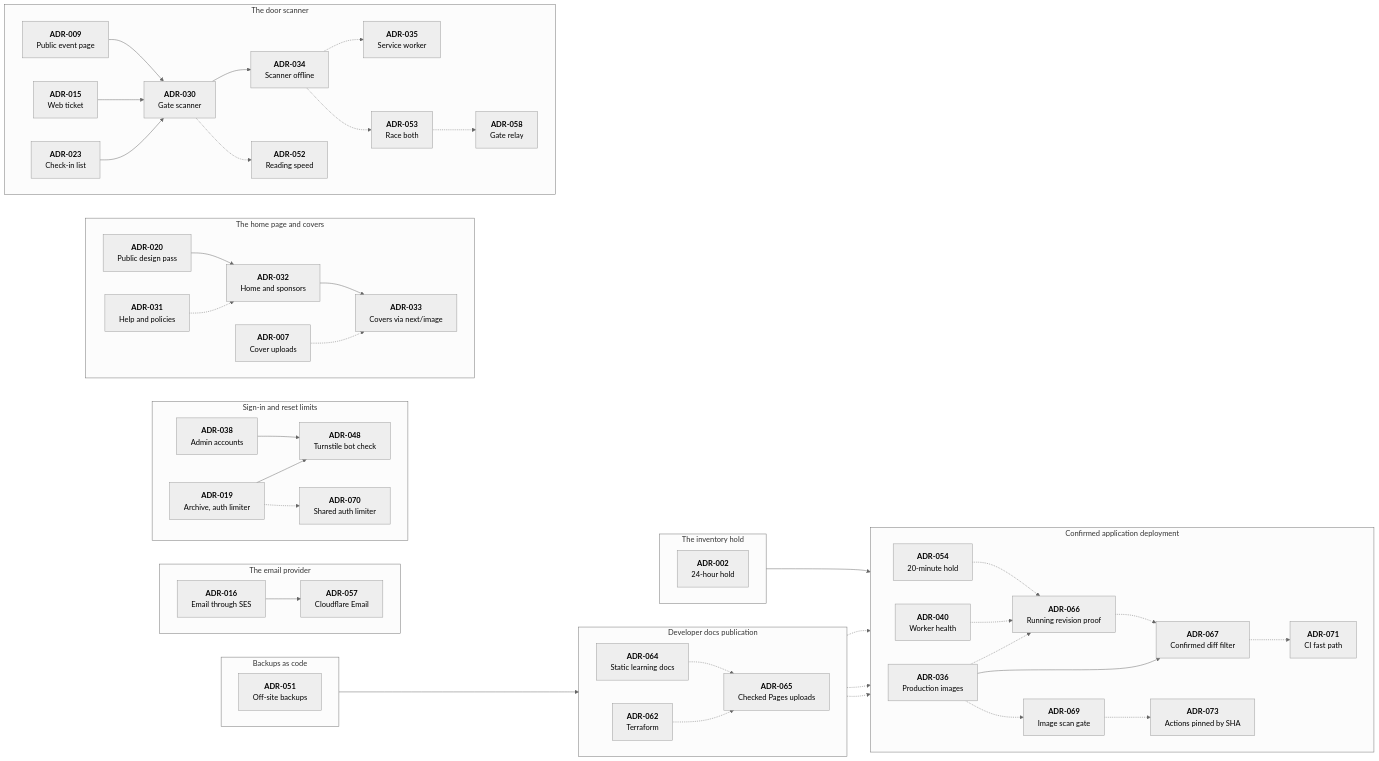
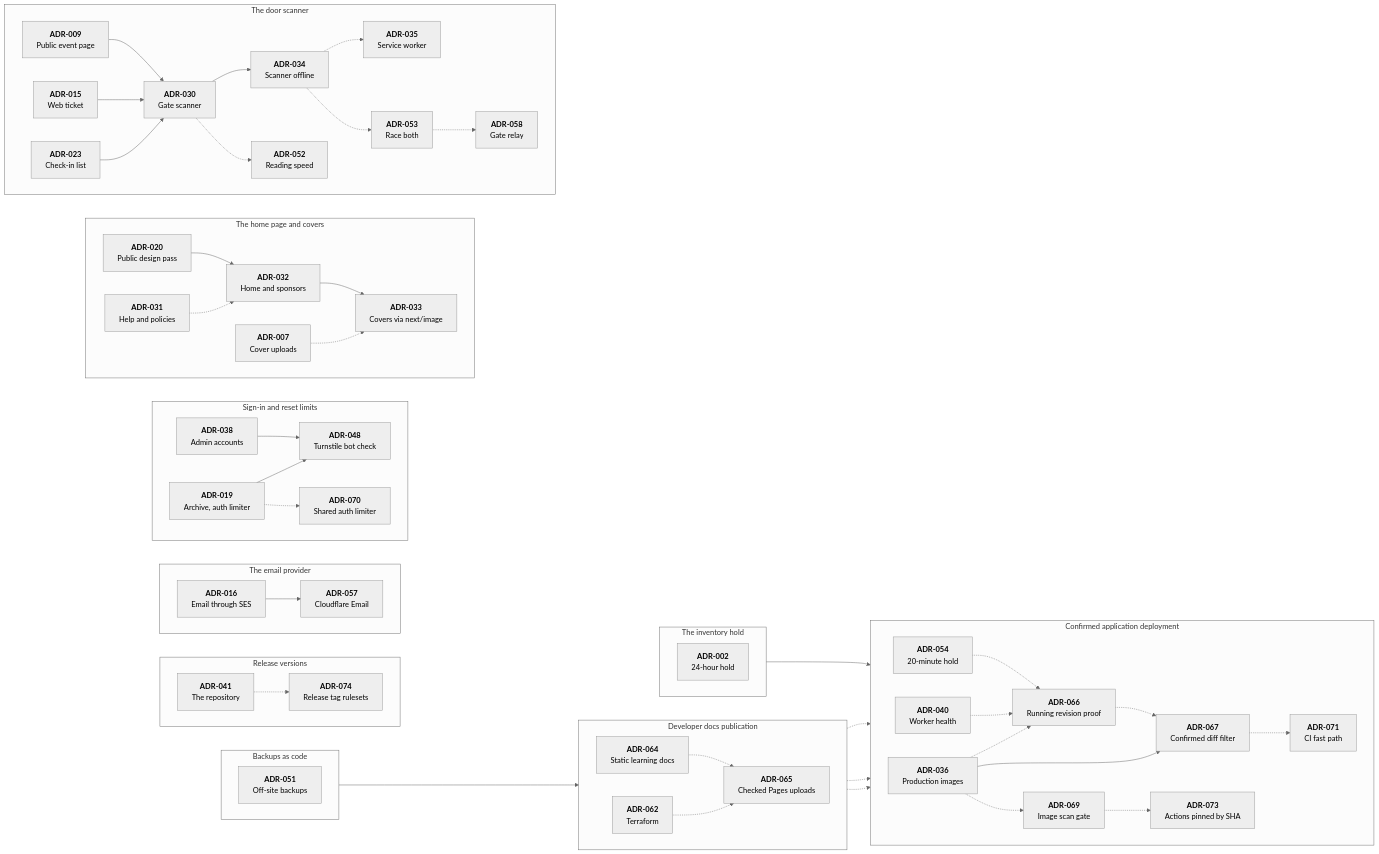
One commit to Ashfak-Hossain/EchoAndAura changed the diagram in docs/decisions/README.md. Above: the diagram before and after it, drawn with Mermaid (neutral theme). The commit also changed other lines of this file and 9 other files, not shown here.

First line of the commit message:
chore(github): protect release tags with rulesets kept as files

```diff
--- a/docs/decisions/README.md
+++ b/docs/decisions/README.md
@@ -99,6 +99,15 @@
         a062["`**ADR-062**
         Terraform`"]
         a051 --> a062
+    end
+
+    subgraph releases ["Release versions"]
+        direction LR
+        a041["`**ADR-041**
+        The repository`"]
+        a074["`**ADR-074**
+        Release tag rulesets`"]
+        a041 -.-> a074
     end
 
     subgraph mail ["The email provider"]
```
